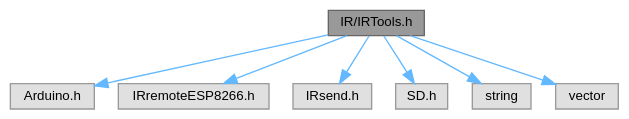
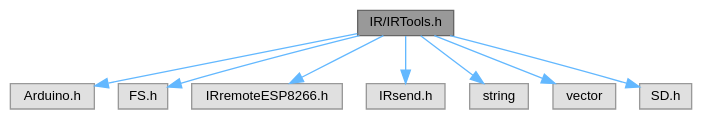
One commit to Jonathan-0101/skeletonKey changed the diagram in IRTools_8h__incl.dot. Above: the diagram before and after it, drawn with Graphviz. The commit also changed 13 other files, not shown here.

```diff
--- a/IRTools_8h__incl.dot
+++ b/IRTools_8h__incl.dot
@@ -1,20 +1,22 @@
 digraph "IR/IRTools.h"
 {
  // LATEX_PDF_SIZE
   bgcolor="transparent";
   edge [fontname=Helvetica,fontsize=10,labelfontname=Helvetica,labelfontsize=10];
   node [fontname=Helvetica,fontsize=10,shape=box,height=0.2,width=0.4];
   Node1 [id="Node000001",label="IR/IRTools.h",height=0.2,width=0.4,color="gray40", fillcolor="grey60", style="filled", fontcolor="black",tooltip="Library for IR attack tools."];
   Node1 -> Node2 [id="edge1_Node000001_Node000002",color="steelblue1",style="solid",tooltip=" "];
   Node2 [id="Node000002",label="Arduino.h",height=0.2,width=0.4,color="grey60", fillcolor="#E0E0E0", style="filled",tooltip=" "];
   Node1 -> Node3 [id="edge2_Node000001_Node000003",color="steelblue1",style="solid",tooltip=" "];
-  Node3 [id="Node000003",label="IRremoteESP8266.h",height=0.2,width=0.4,color="grey60", fillcolor="#E0E0E0", style="filled",tooltip=" "];
+  Node3 [id="Node000003",label="FS.h",height=0.2,width=0.4,color="grey60", fillcolor="#E0E0E0", style="filled",tooltip=" "];
   Node1 -> Node4 [id="edge3_Node000001_Node000004",color="steelblue1",style="solid",tooltip=" "];
-  Node4 [id="Node000004",label="IRsend.h",height=0.2,width=0.4,color="grey60", fillcolor="#E0E0E0", style="filled",tooltip=" "];
+  Node4 [id="Node000004",label="IRremoteESP8266.h",height=0.2,width=0.4,color="grey60", fillcolor="#E0E0E0", style="filled",tooltip=" "];
   Node1 -> Node5 [id="edge4_Node000001_Node000005",color="steelblue1",style="solid",tooltip=" "];
-  Node5 [id="Node000005",label="SD.h",height=0.2,width=0.4,color="grey60", fillcolor="#E0E0E0", style="filled",tooltip=" "];
+  Node5 [id="Node000005",label="IRsend.h",height=0.2,width=0.4,color="grey60", fillcolor="#E0E0E0", style="filled",tooltip=" "];
   Node1 -> Node6 [id="edge5_Node000001_Node000006",color="steelblue1",style="solid",tooltip=" "];
   Node6 [id="Node000006",label="string",height=0.2,width=0.4,color="grey60", fillcolor="#E0E0E0", style="filled",tooltip=" "];
   Node1 -> Node7 [id="edge6_Node000001_Node000007",color="steelblue1",style="solid",tooltip=" "];
   Node7 [id="Node000007",label="vector",height=0.2,width=0.4,color="grey60", fillcolor="#E0E0E0", style="filled",tooltip=" "];
+  Node1 -> Node8 [id="edge7_Node000001_Node000008",color="steelblue1",style="solid",tooltip=" "];
+  Node8 [id="Node000008",label="SD.h",height=0.2,width=0.4,color="grey60", fillcolor="#E0E0E0", style="filled",tooltip=" "];
 }
```
